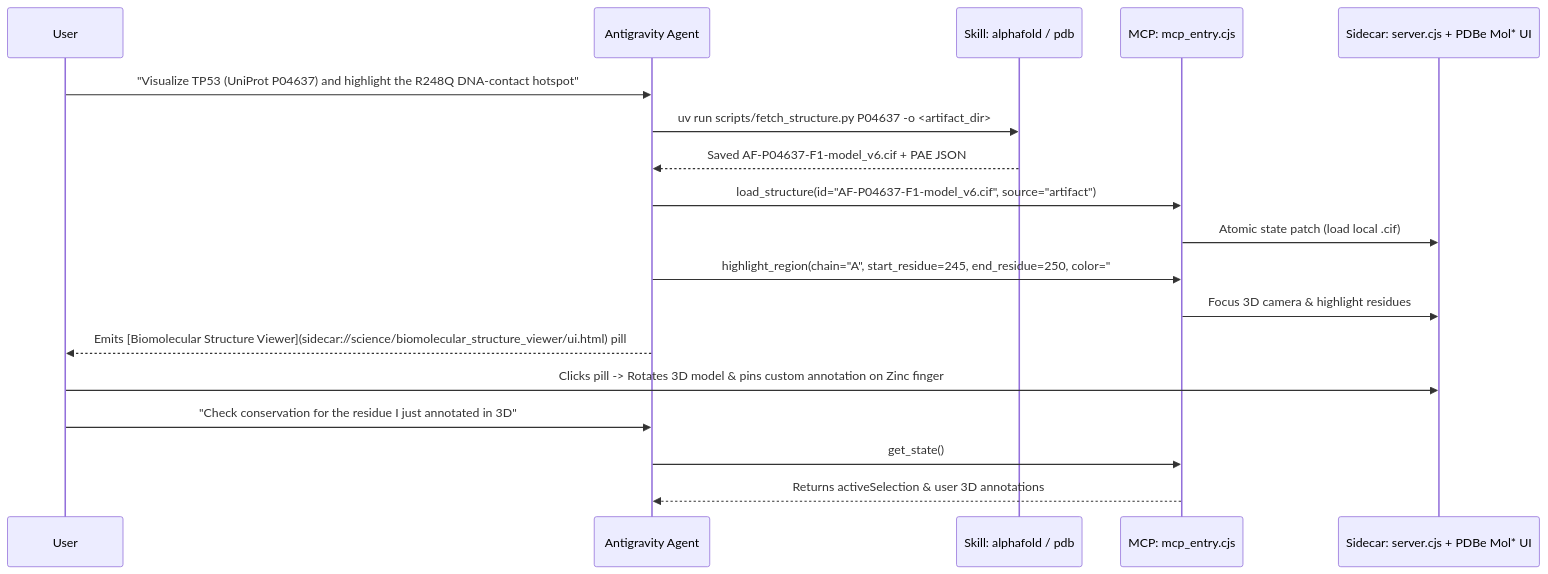
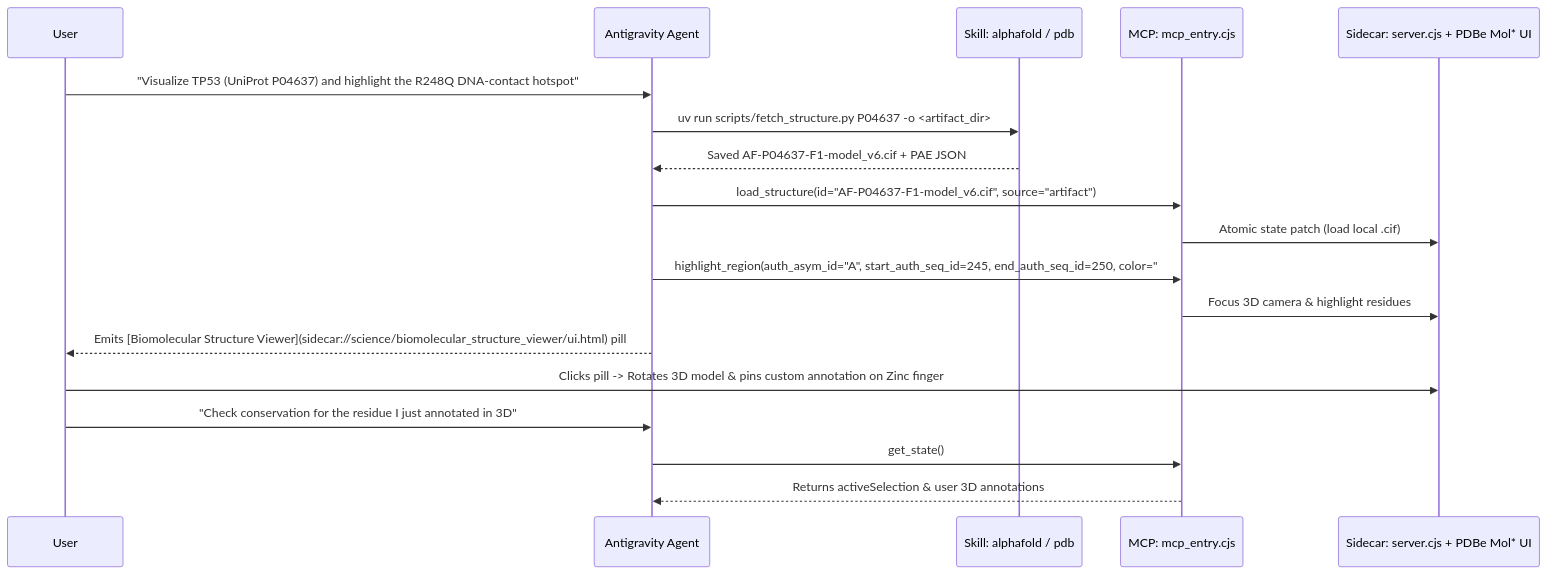
One commit to RobinaMirbahar/antigravity-science-plugin-cookbook changed the second of 2 diagrams in DEVTO_ANTIGRAVITY_SCIENCE_PLUGIN_GUIDE.md. Above: the diagram before and after it, drawn with Mermaid. The commit also changed other lines of this file and 18 other files, not shown here.

Commit message:
Add PNG charts for DEV.to, remove em dashes, and upgrade reproducibility audit hook

````diff
--- a/DEVTO_ANTIGRAVITY_SCIENCE_PLUGIN_GUIDE.md
+++ b/DEVTO_ANTIGRAVITY_SCIENCE_PLUGIN_GUIDE.md
@@ -240,21 +244,21 @@
 ```mermaid
 sequenceDiagram
     participant User
     participant Agent as Antigravity Agent
     participant AF as Skill: alphafold / pdb
     participant MCP as MCP: mcp_entry.cjs
     participant Sidecar as Sidecar: server.cjs + PDBe Mol* UI
 
     User->>Agent: "Visualize TP53 (UniProt P04637) and highlight the R248Q DNA-contact hotspot"
     Agent->>AF: uv run scripts/fetch_structure.py P04637 -o <artifact_dir>
     AF-->>Agent: Saved AF-P04637-F1-model_v6.cif + PAE JSON
     Agent->>MCP: load_structure(id="AF-P04637-F1-model_v6.cif", source="artifact")
     MCP->>Sidecar: Atomic state patch (load local .cif)
-    Agent->>MCP: highlight_region(chain="A", start_residue=245, end_residue=250, color="#FF1744")
+    Agent->>MCP: highlight_region(auth_asym_id="A", start_auth_seq_id=245, end_auth_seq_id=250, color="#FF1744")
     MCP->>Sidecar: Focus 3D camera & highlight residues
     Agent-->>User: Emits [Biomolecular Structure Viewer](sidecar://science/biomolecular_structure_viewer/ui.html) pill
     User->>Sidecar: Clicks pill -> Rotates 3D model & pins custom annotation on Zinc finger
     User->>Agent: "Check conservation for the residue I just annotated in 3D"
     Agent->>MCP: get_state()
     MCP-->>Agent: Returns activeSelection & user 3D annotations
 ```
````
